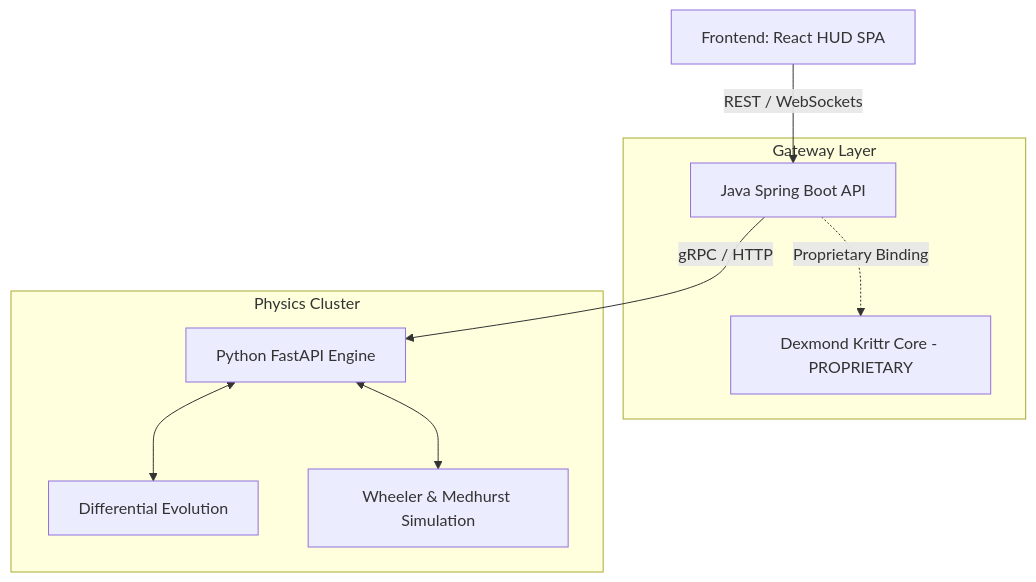
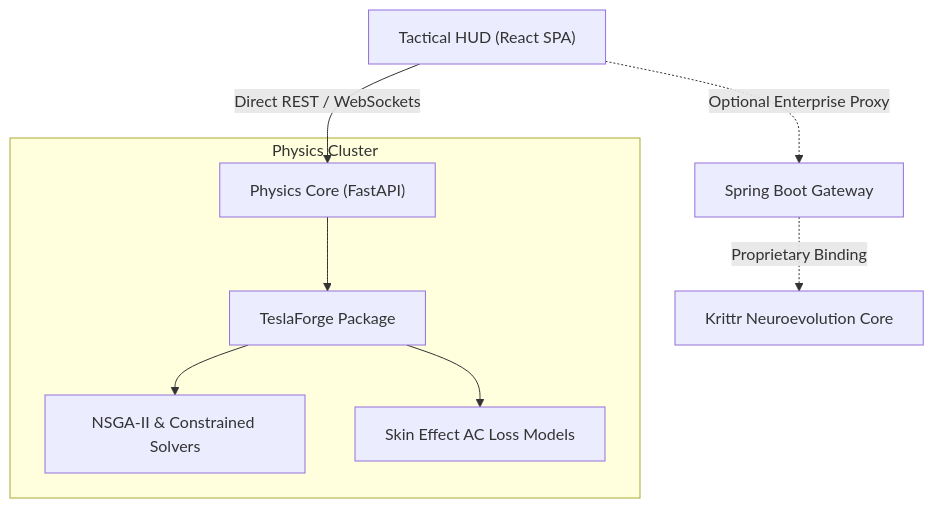
The diagram in README.md (Dexmond-Technologies/teslacoil-optimizer), drawn with Mermaid before and after one commit. The commit also changed other lines of this file and 3041 other files, not shown here.

Commit message:
feat: integrate 3D WebGL parametric rendering and real-time WebSockets telemetry

````diff
--- a/README.md
+++ b/README.md
@@ -46,20 +40,13 @@
 ```mermaid
 graph TD
-    UI[Frontend: React HUD SPA] -->|REST / WebSockets| GW
+    UI["Tactical HUD (React SPA)"] -->|Direct REST / WebSockets| PY["Physics Core (FastAPI)"]
     
-    subgraph Gateway Layer
-        GW[Java Spring Boot API]
-        Krittr[Dexmond Krittr Core - PROPRIETARY]
-        GW -.->|Proprietary Binding| Krittr
+    subgraph Physics Cluster
+        PY --> TF["TeslaForge Package"]
+        TF --> OPT["NSGA-II & Constrained Solvers"]
+        TF --> AC["Skin Effect AC Loss Models"]
     end
     
-    subgraph Physics Cluster
-        PY[Python FastAPI Engine]
-        OPT[Differential Evolution]
-        SIM[Wheeler & Medhurst Simulation]
-        PY <--> OPT
-        PY <--> SIM
-    end
-    
-    GW -->|gRPC / HTTP| PY
+    UI -.->|Optional Enterprise Proxy| GW["Spring Boot Gateway"]
+    GW -.->|Proprietary Binding| Krittr["Krittr Neuroevolution Core"]
 ```
````
